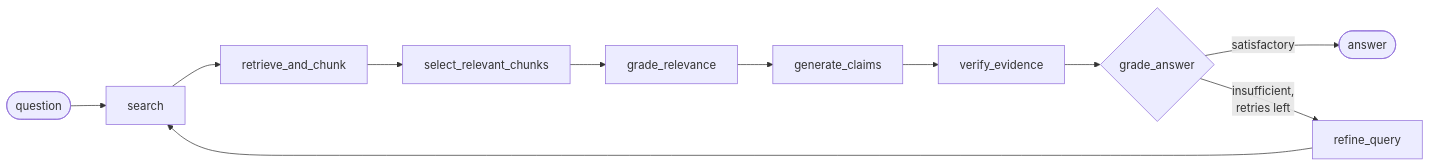
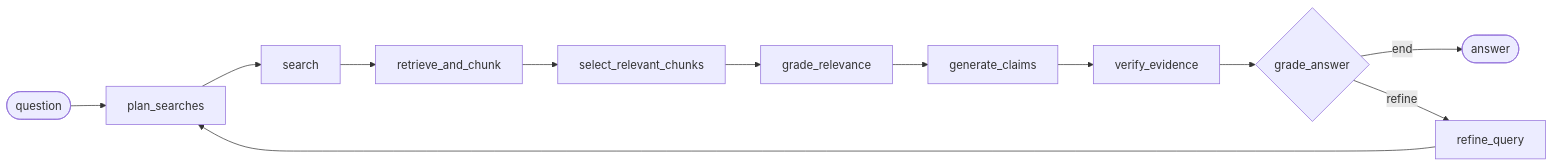
Before and after one commit to HenrikGharagyozyan/academic-search-agent: the diagram in README.md, drawn with Mermaid. The commit also changed other lines of this file, not shown here.

Commit message:
docs(readme): add plan_searches to the pipeline and say when a retry runs

````diff
--- a/README.md
+++ b/README.md
@@ -11,13 +11,14 @@
 ```mermaid
 flowchart LR
-    Q([question]) --> S[search]
+    Q([question]) --> P[plan_searches]
+    P --> S[search]
     S --> R[retrieve_and_chunk]
     R --> SEL[select_relevant_chunks]
     SEL --> GR[grade_relevance]
     GR --> G[generate_claims]
     G --> V[verify_evidence]
     V --> GA{grade_answer}
-    GA -- satisfactory --> A([answer])
-    GA -- insufficient,<br/>retries left --> RF[refine_query]
-    RF --> S
+    GA -- end --> A([answer])
+    GA -- refine --> RF[refine_query]
+    RF --> P
 ```
````
